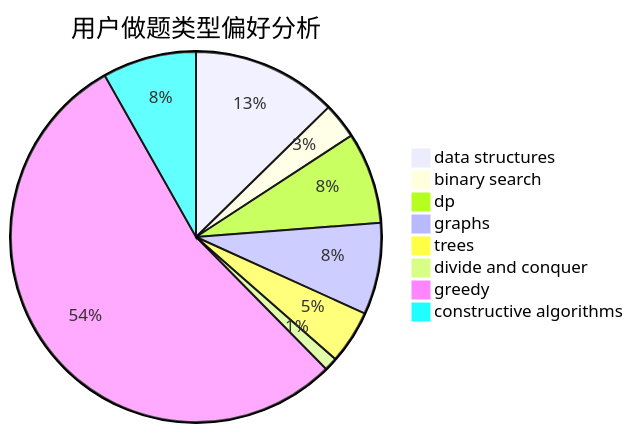
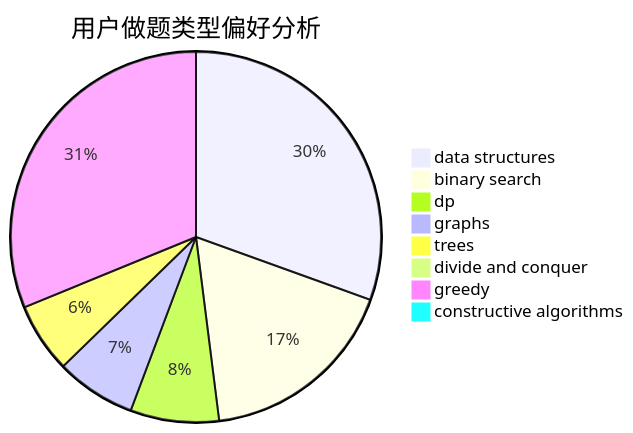
One commit to sherpahu/cfrs.github.io changed the second of 3 diagrams in docs/user/u1265.md. Above: the diagram before and after it, drawn with Mermaid. The commit also changed other lines of this file and 2770 other files, not shown here.

````diff
--- a/docs/user/u1265.md
+++ b/docs/user/u1265.md
@@ -23,11 +23,11 @@
 ```mermaid
 pie title 用户做题类型偏好分析
-    "data structures" :  65
-    "binary search" :  16
-    "dp" :  41
-    "graphs" :  41
-    "trees" :  24
-    "divide and conquer" :  6
-    "greedy" :  278
-    "constructive algorithms" :  42
+    "data structures" :  450
+    "binary search" :  258
+    "dp" :  114
+    "graphs" :  103
+    "trees" :  90
+    "divide and conquer" :  3
+    "greedy" :  460
+    "constructive algorithms" :  13
 ```
````
